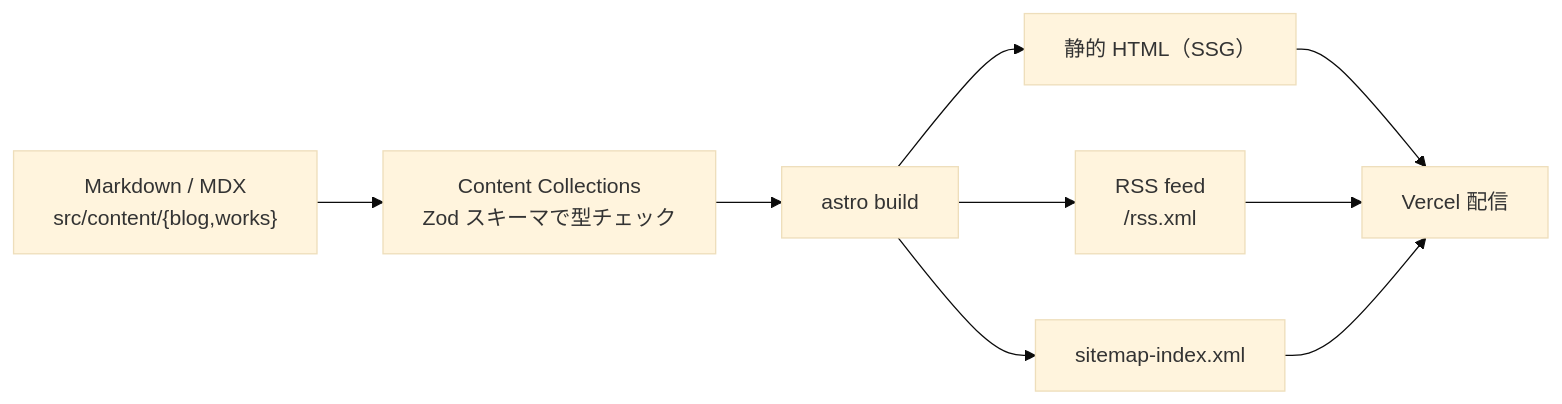
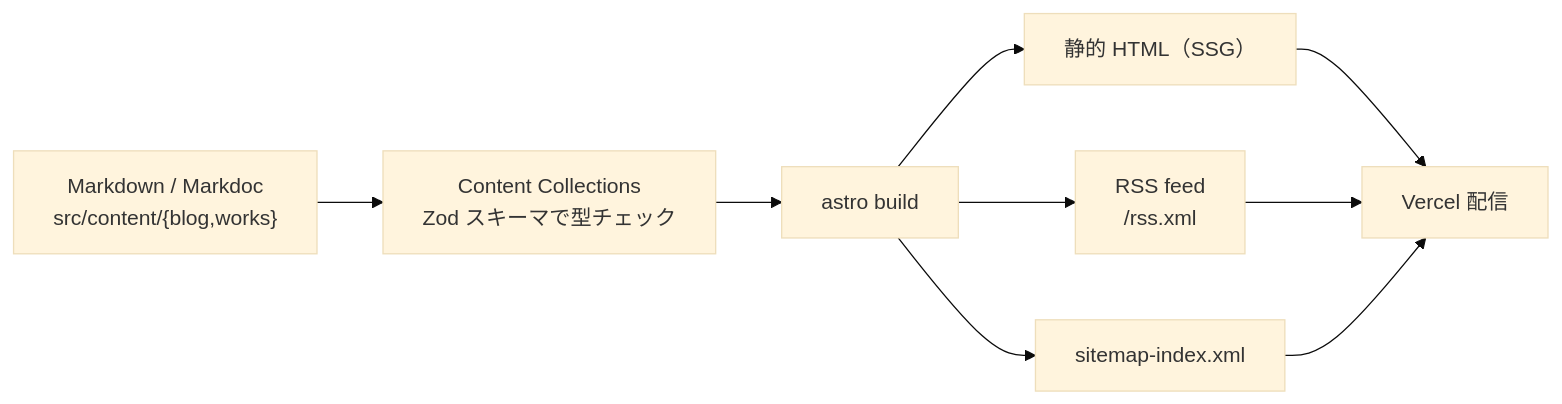
Before and after one commit to keroway/astro-blog: the first of 4 diagrams in README.md, drawn with Mermaid (base theme). The commit also changed other lines of this file and 3 other files, not shown here.

````diff
--- a/README.md
+++ b/README.md
@@ -62,11 +62,11 @@
 ```mermaid
 flowchart LR
-    A["Markdown / MDX<br/>src/content/{blog,works}"] --> B["Content Collections<br/>Zod スキーマで型チェック"]
+    A["Markdown / Markdoc<br/>src/content/{blog,works}"] --> B["Content Collections<br/>Zod スキーマで型チェック"]
     B --> C["astro build"]
     C --> D["静的 HTML（SSG）"]
     C --> E["RSS feed<br/>/rss.xml"]
     C --> F["sitemap-index.xml"]
     D --> G["Vercel 配信"]
     E --> G
     F --> G
 ```
````
